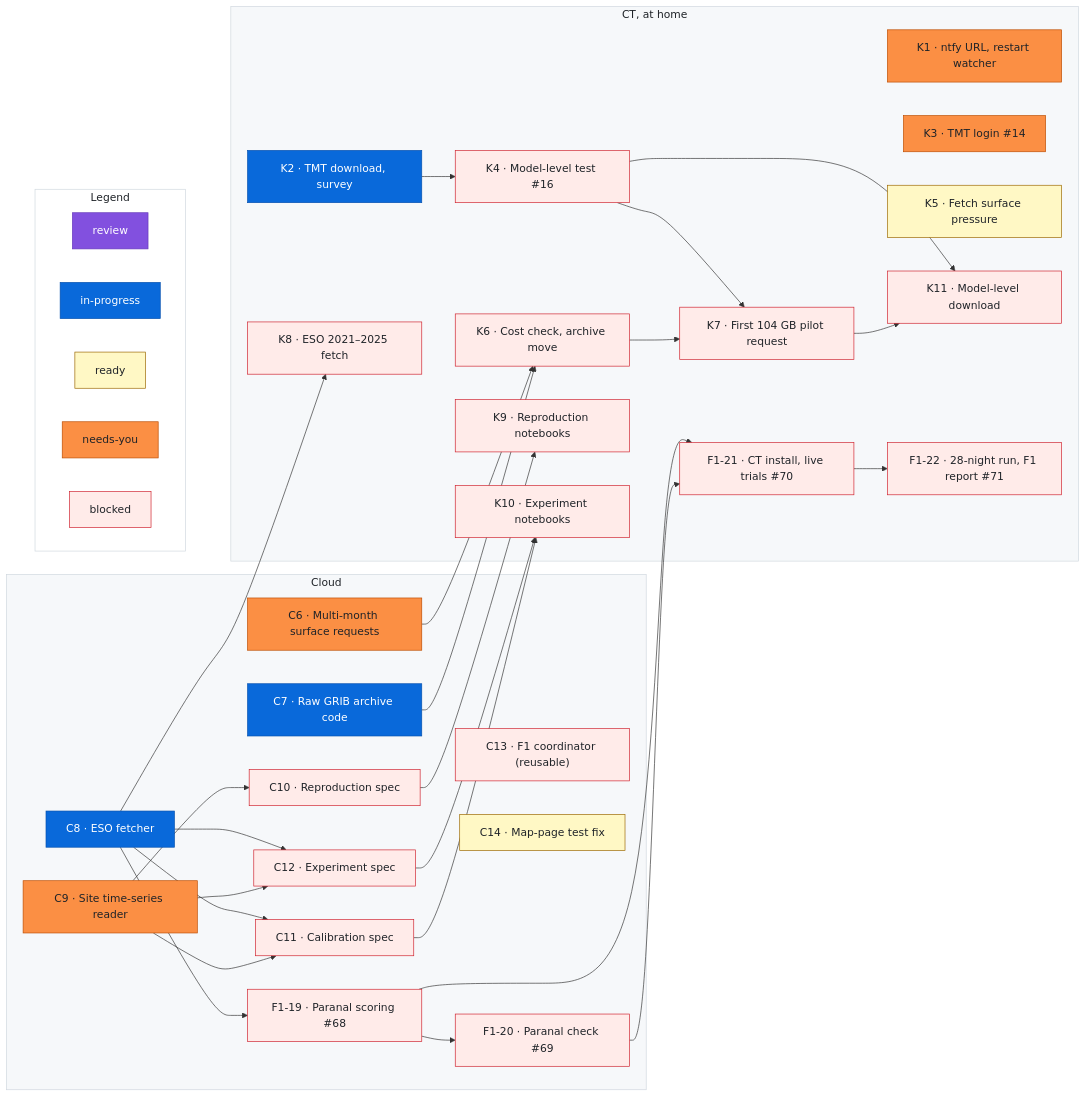
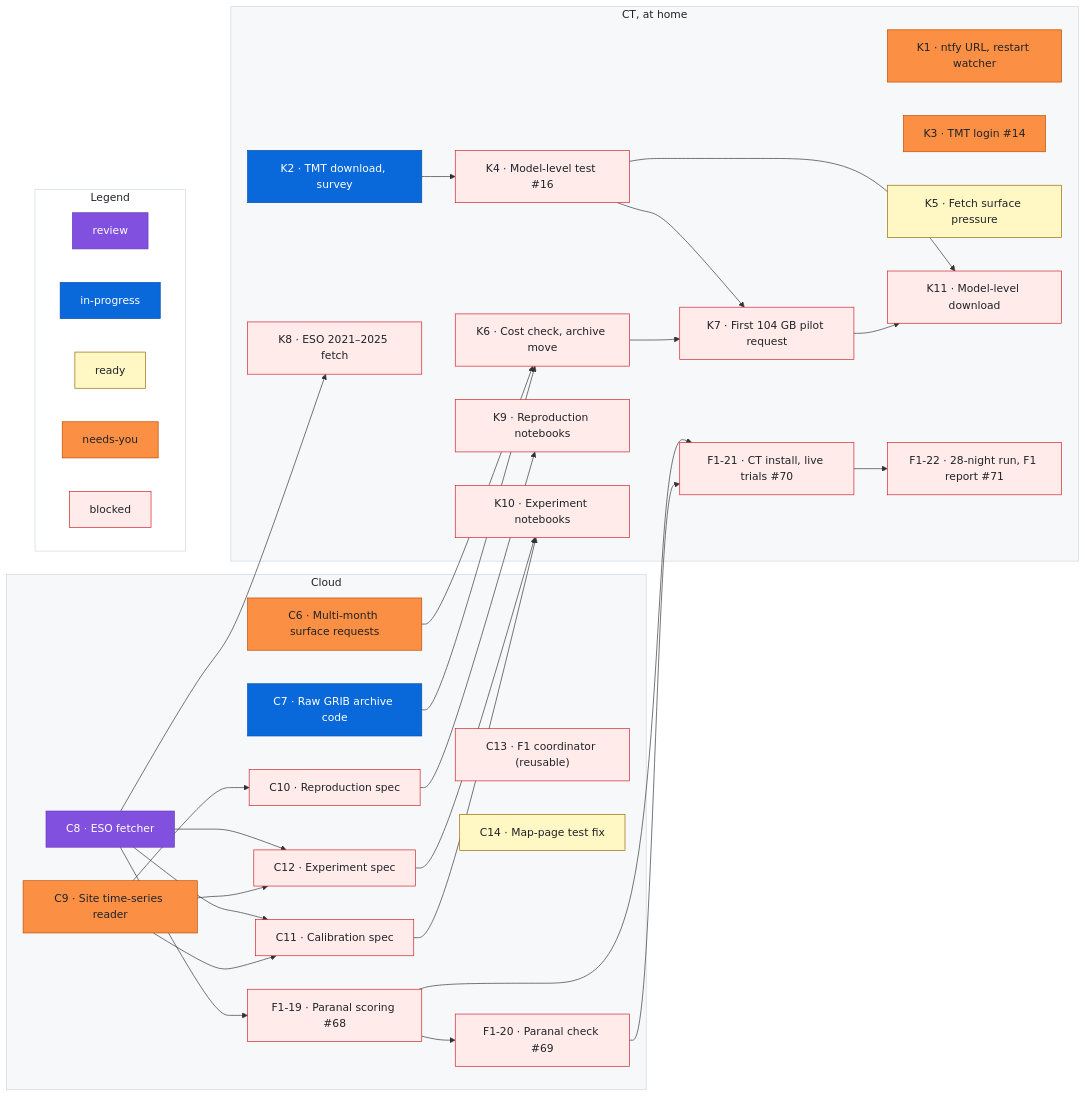
Before and after one commit to rrweller/Astro-seeing: the diagram in docs/roadmap.md, drawn with Mermaid. The commit also changed other lines of this file, not shown here.

Commit message:
roadmap: C8 in-progress → review

```diff
--- a/docs/roadmap.md
+++ b/docs/roadmap.md
@@ -140,7 +140,7 @@
   %% ---
   class C7 inprogress
   %% ---
-  class C8 inprogress
+  class C8 review
   %% ---
   class C9 needsyou
   %% ---
```
